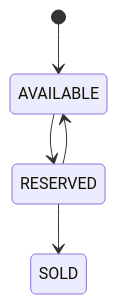
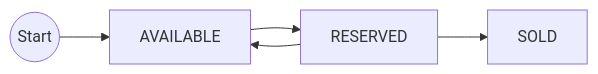
Diagram 24 of 58 in LLD_NOTES/lld_visual_java_reference.md (mthaiseer/springcloud-systemdesign-notes), drawn with Mermaid before and after one commit. The commit also changed other lines of this file, not shown here.

````diff
--- a/LLD_NOTES/lld_visual_java_reference.md
+++ b/LLD_NOTES/lld_visual_java_reference.md
@@ -1147,7 +1147,7 @@
 ```mermaid
-stateDiagram-v2
-  [*] --> AVAILABLE
-  AVAILABLE --> RESERVED
-  RESERVED --> SOLD
+flowchart LR
+  Start((Start)) --> AVAILABLE[AVAILABLE]
+  AVAILABLE --> RESERVED[RESERVED]
+  RESERVED --> SOLD[SOLD]
   RESERVED --> AVAILABLE
 ```
````
